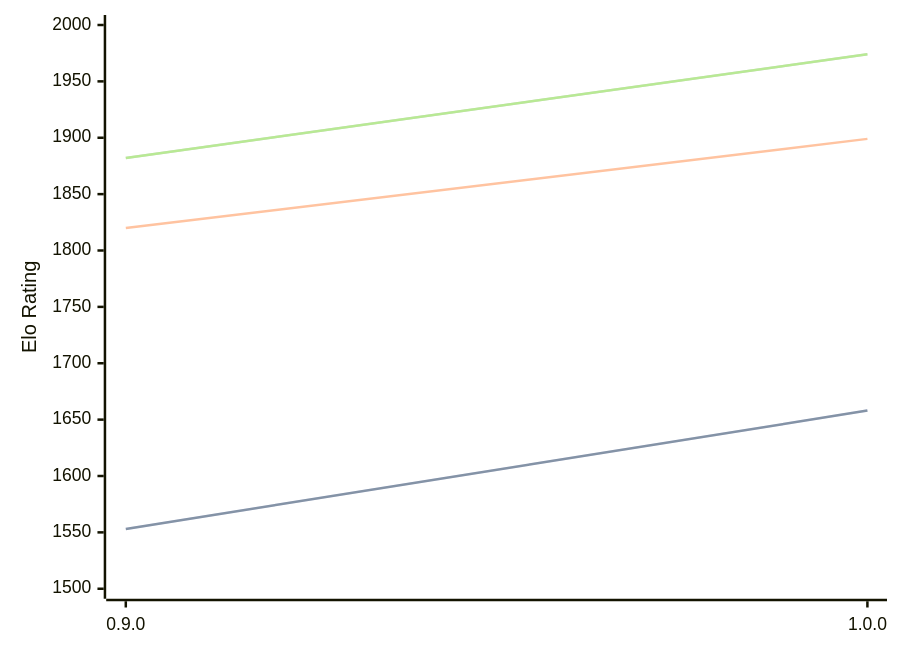
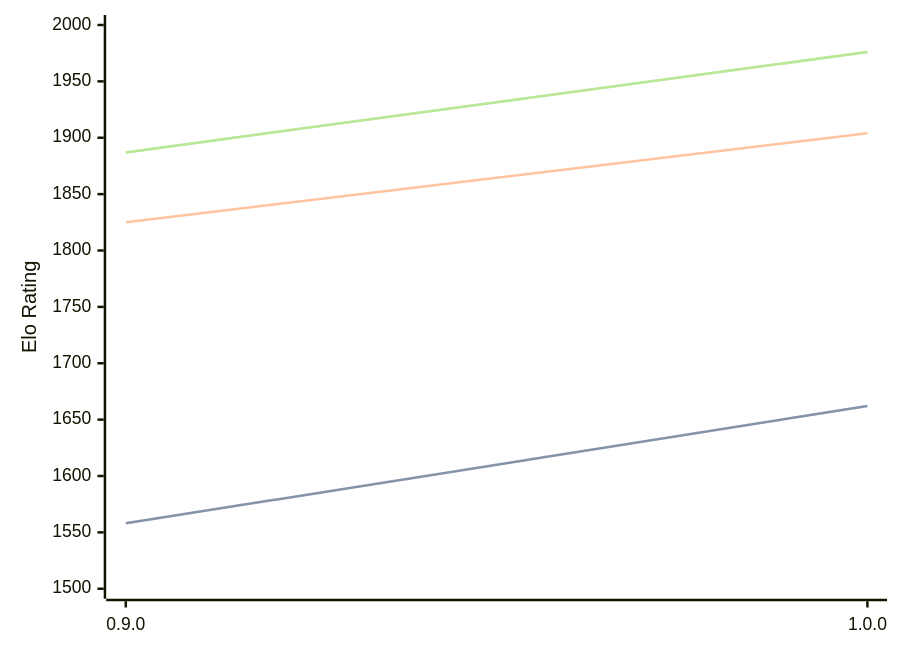
One commit to computer-chess-index/cci changed the diagram in engines/Ratsu.md. Above: the diagram before and after it, drawn with Mermaid. The commit also changed other lines of this file, not shown here.

Commit message:
Update CCI Ratings (ELO VLTC) - 2026-04-14

````diff
--- a/engines/Ratsu.md
+++ b/engines/Ratsu.md
@@ -32,11 +32,11 @@
 ```mermaid
 %%{init: {"theme":"base","themeVariables":{"seriesColors:['#a3a3a3','#222221','#faa371']}}}%%
 xychart-beta
   x-axis ["0.9.0", "1.0.0"]
   y-axis "Elo Rating" 1500 --> 2000
-  line "STC (8.0+0.08s)" [1553, 1658]
-  line "STC (8.0+0.08s)" [1553, 1658]
-  line "LTC (60.0+0.60s)" [1820, 1899]
-  line "VLTC (2m24s+1.12s)" [1882, 1974]
-  line "VLTC (2m24s+1.12s)" [1882, 1974]
+  line "STC (8.0+0.08s)" [1558, 1662]
+  line "STC (8.0+0.08s)" [1558, 1662]
+  line "LTC (60.0+0.60s)" [1825, 1904]
+  line "VLTC (2m24s+1.12s)" [1887, 1976]
+  line "VLTC (2m24s+1.12s)" [1887, 1976]
 ```
````
